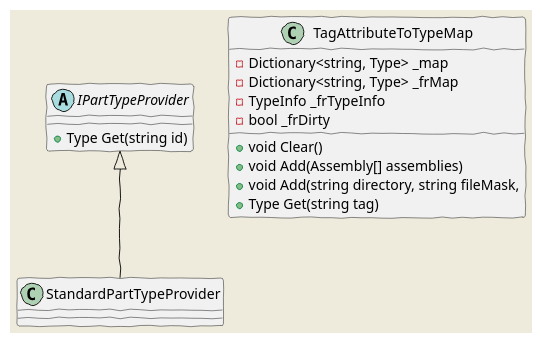
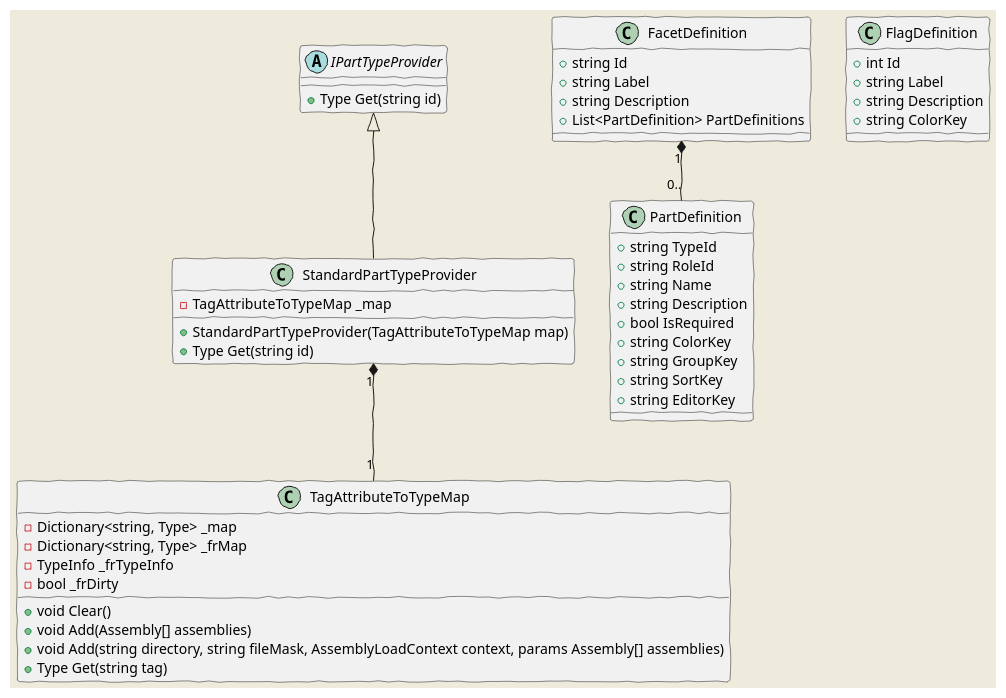
The third of 3 diagrams in Doc/core.md (vedph/cadmus_core), drawn with PlantUML before and after one commit.

Commit message:
More doc

````diff
--- a/Doc/core.md
+++ b/Doc/core.md
@@ -302,20 +302,45 @@
 ```plantuml
 @startuml
     skinparam backgroundColor #EEEBDC
     skinparam handwritten true
 
     abstract class IPartTypeProvider
     IPartTypeProvider : +Type Get(string id)
 
     TagAttributeToTypeMap : -Dictionary<string, Type> _map
     TagAttributeToTypeMap : -Dictionary<string, Type> _frMap
     TagAttributeToTypeMap : -TypeInfo _frTypeInfo
     TagAttributeToTypeMap : -bool _frDirty
     TagAttributeToTypeMap : +void Clear()
     TagAttributeToTypeMap : +void Add(Assembly[] assemblies)
-    TagAttributeToTypeMap : +void Add(string directory, string fileMask,
+    TagAttributeToTypeMap : +void Add(string directory, string fileMask, AssemblyLoadContext context, params Assembly[] assemblies)
     TagAttributeToTypeMap : +Type Get(string tag)
 
     IPartTypeProvider <|-- StandardPartTypeProvider
+    StandardPartTypeProvider "1"*--"1" TagAttributeToTypeMap
+    StandardPartTypeProvider : -TagAttributeToTypeMap _map
+    StandardPartTypeProvider : +StandardPartTypeProvider(TagAttributeToTypeMap map)
+    StandardPartTypeProvider : +Type Get(string id)
+
+    PartDefinition : +string TypeId
+    PartDefinition : +string RoleId
+    PartDefinition : +string Name
+    PartDefinition : +string Description
+    PartDefinition : +bool IsRequired
+    PartDefinition : +string ColorKey
+    PartDefinition : +string GroupKey
+    PartDefinition : +string SortKey
+    PartDefinition : +string EditorKey
+
+    FacetDefinition : +string Id
+    FacetDefinition : +string Label
+    FacetDefinition : +string Description
+    FacetDefinition : +List<PartDefinition> PartDefinitions
+    FacetDefinition "1"*--"0.." PartDefinition
+
+    FlagDefinition : +int Id
+    FlagDefinition : +string Label
+    FlagDefinition : +string Description
+    FlagDefinition : +string ColorKey
 @enduml
 ```
````
